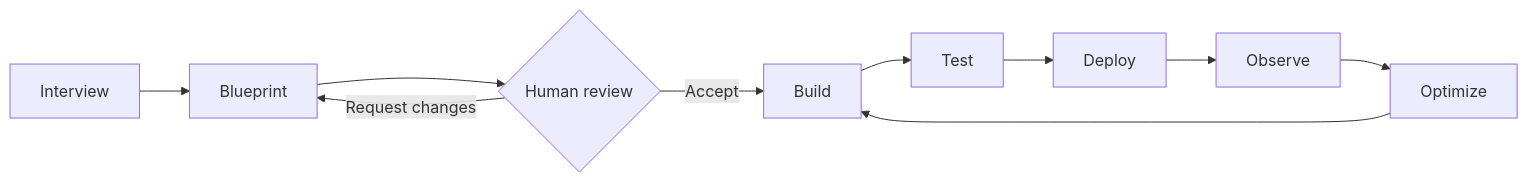
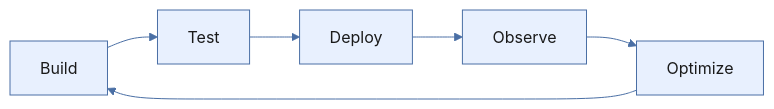
One commit to Koredotcom/docs-v2 changed the second of 2 diagrams in agent-platform/arch-ai.mdx. Above: the diagram before and after it, drawn with Mermaid. The commit also changed other lines of this file and 1 other file, not shown here.

Commit message:
Mermaid diagram edits

````diff
--- a/agent-platform/arch-ai.mdx
+++ b/agent-platform/arch-ai.mdx
@@ -29,12 +38,9 @@
 ```mermaid actions={false}
+%%{init: {'theme': 'base', 'themeVariables': {'background': 'transparent', 'primaryColor': '#e8f0fe', 'primaryTextColor': '#1a1a1a', 'primaryBorderColor': '#4a6fa5', 'lineColor': '#4a6fa5', 'secondaryColor': 'transparent', 'tertiaryColor': 'transparent', 'clusterBkg': 'transparent', 'clusterBorder': '#4a6fa5', 'titleColor': '#1a1a1a', 'clusterLabelBackground': 'transparent', 'edgeLabelBackground': '#e8f0fe'}}}%%
 flowchart LR
-    A[Interview] --> B[Blueprint]
-    B --> C{Human review}
-    C -- Accept --> D[Build]
-    C -- Request changes --> B
-    D --> E[Test]
+    D[Build] --> E[Test]
     E --> F[Deploy]
     F --> G[Observe]
     G --> H[Optimize]
     H --> D
 ```
````
